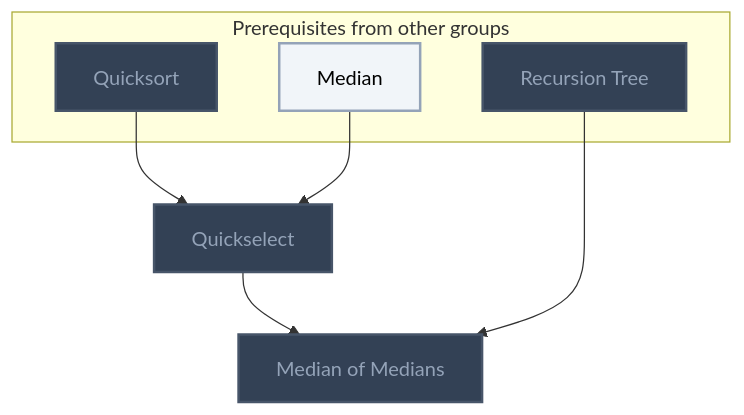
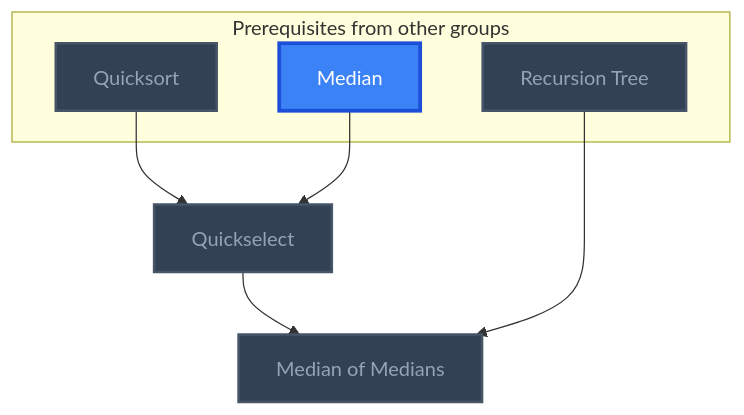
Diagram 14 of 17 in Gamification/Skill Trees/Data Structures and Algorithms.md (MRauf1/My-Notes), drawn with Mermaid before and after one commit. The commit also changed other lines of this file and 145 other files, not shown here.

````diff
--- a/Gamification/Skill Trees/Data Structures and Algorithms.md
+++ b/Gamification/Skill Trees/Data Structures and Algorithms.md
@@ -487,26 +494,26 @@
 ```mermaid
 flowchart TD
     classDef planned fill:#1E293B,stroke:#64748B,stroke-width:2px,stroke-dasharray:5 5,color:#94A3B8;
     classDef locked fill:#334155,stroke:#475569,stroke-width:2px,color:#94A3B8;
     classDef L0 fill:#F1F5F9,stroke:#94A3B8,stroke-width:2px,color:#000000;
     classDef L1 fill:#22C55E,stroke:#15803D,stroke-width:2px,color:#000000;
     classDef L2 fill:#3B82F6,stroke:#1D4ED8,stroke-width:3px,color:#FFFFFF;
     classDef L3 fill:#A855F7,stroke:#6B21A8,stroke-width:3px,color:#FFFFFF,font-weight:bold;
     classDef L4 fill:#F97316,stroke:#C2410C,stroke-width:4px,color:#000000,font-weight:bold;
     classDef L5 fill:#FFD700,stroke:#FF8C00,stroke-width:5px,color:#000000,font-weight:bold;
     classDef rusty stroke:#8B4513,stroke-width:4px,stroke-dasharray:3 3;
     subgraph sg_prereqs["Prerequisites from other groups"]
         n_quicksort["Quicksort"]
         n_median["Median"]
         n_recursion_tree["Recursion Tree"]
     end
     n_quickselect["Quickselect"]
     n_median_of_medians["Median of Medians"]
     n_quicksort --> n_quickselect
     n_median --> n_quickselect
     n_quickselect --> n_median_of_medians
     n_recursion_tree --> n_median_of_medians
     class n_quicksort,n_recursion_tree,n_quickselect,n_median_of_medians locked;
-    class n_median L0;
+    class n_median L2;
     class n_quicksort,n_median,n_recursion_tree,n_quickselect,n_median_of_medians internal-link;
 ```
````
